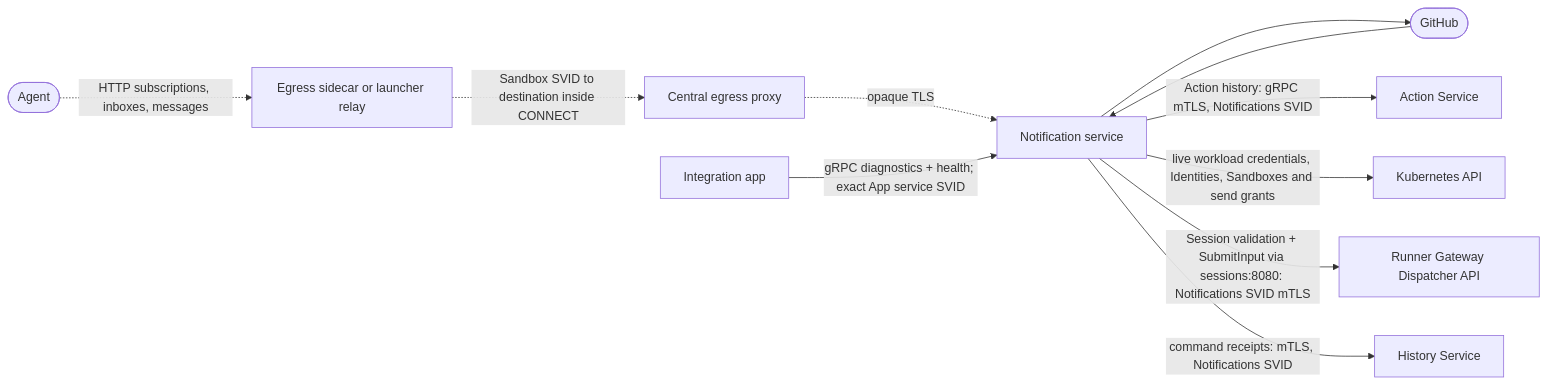
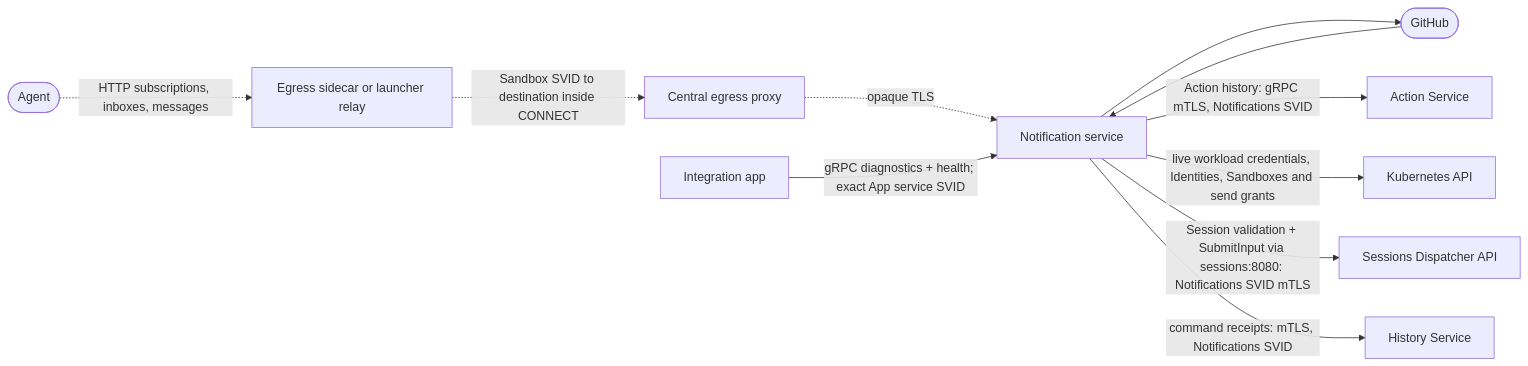
One commit to agentydragon/ducktape changed diagram 11 of 18 in agentplane/docs/system_overview.md. Above: the diagram before and after it, drawn with Mermaid. The commit also changed other lines of this file and 80 other files, not shown here.

````diff
--- a/agentplane/docs/system_overview.md
+++ b/agentplane/docs/system_overview.md
@@ -681,24 +663,24 @@
 ```mermaid
 flowchart LR
     agent([Agent])
     app[Integration app]
     github([GitHub])
     notifications[Notification service]
     actions[Action Service]
     k8s[Kubernetes API]
-    dispatcher[Runner Gateway Dispatcher API]
+    dispatcher[Sessions Dispatcher API]
     history[History Service]
 
     sidecar[Egress sidecar or launcher relay]
     proxy[Central egress proxy]
     agent -.->|HTTP subscriptions, inboxes, messages| sidecar
     sidecar -.->|Sandbox SVID to destination inside CONNECT| proxy
     proxy -.->|opaque TLS| notifications
     app -->|gRPC diagnostics + health; exact App service SVID| notifications
     github --> notifications
     notifications --> github
     notifications -->|Action history: gRPC mTLS, Notifications SVID| actions
     notifications -->|live workload credentials, Identities, Sandboxes and send grants| k8s
     notifications -->|Session validation + SubmitInput via sessions:8080: Notifications SVID mTLS| dispatcher
     notifications -->|command receipts: mTLS, Notifications SVID| history
 ```
````
